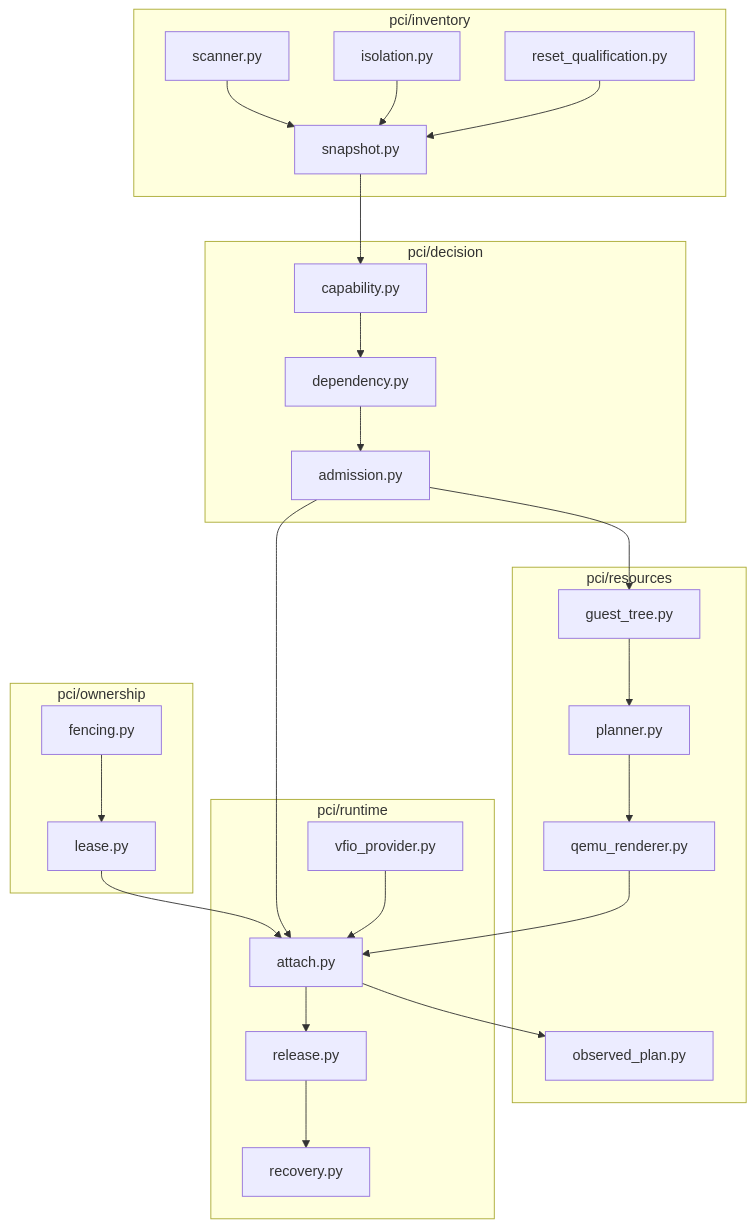
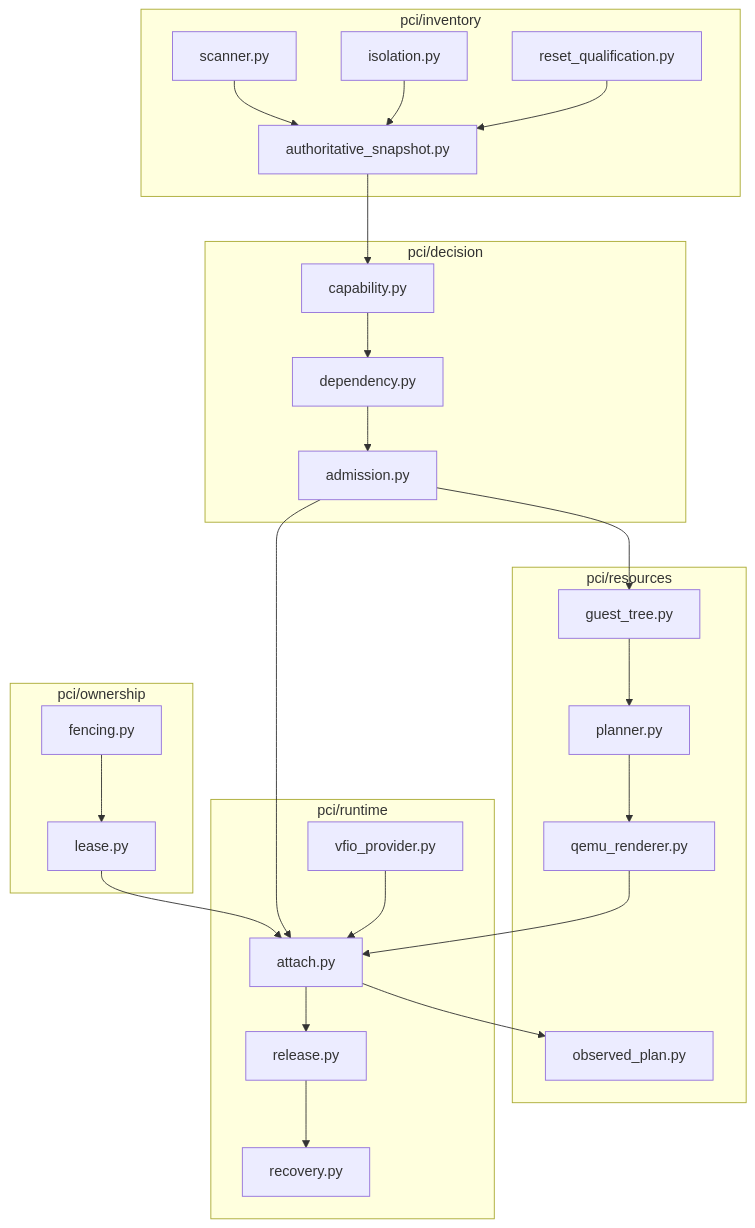
One commit to JoJoJoinme/pci-mmio-notes changed diagram 21 of 21 in qemu-static-dynamic-directpath-design.md. Above: the diagram before and after it, drawn with Mermaid. The commit also changed other lines of this file and 26 other files, not shown here.

Commit message:
Implement authoritative PCI snapshot launch chain

````diff
--- a/qemu-static-dynamic-directpath-design.md
+++ b/qemu-static-dynamic-directpath-design.md
@@ -3743,46 +3825,46 @@
 ```mermaid
 flowchart TB
     subgraph FACTS["pci/inventory"]
         SCAN["scanner.py"]
-        SNAP["snapshot.py"]
+        SNAP["authoritative_snapshot.py"]
         ISO["isolation.py"]
         RESETFACT["reset_qualification.py"]
     end
 
     subgraph DECISION["pci/decision"]
         CAP["capability.py"]
         DEP["dependency.py"]
         ADMIT["admission.py"]
     end
 
     subgraph RES["pci/resources"]
         TREE["guest_tree.py"]
         ALLOC["planner.py"]
         RENDER["qemu_renderer.py"]
         OBS["observed_plan.py"]
     end
 
     subgraph OWN["pci/ownership"]
         LEASE["lease.py"]
         FENCE["fencing.py"]
     end
 
     subgraph RUNTIME["pci/runtime"]
         VFIOP["vfio_provider.py"]
         ATTACH["attach.py"]
         RELEASE["release.py"]
         RECOVER["recovery.py"]
     end
 
     SCAN --> SNAP
     ISO --> SNAP
     RESETFACT --> SNAP
     SNAP --> CAP --> DEP --> ADMIT
     ADMIT --> TREE --> ALLOC --> RENDER
     LEASE --> ATTACH
     ADMIT --> ATTACH
     VFIOP --> ATTACH --> OBS
     RENDER --> ATTACH
     ATTACH --> RELEASE --> RECOVER
     FENCE --> LEASE
 ```
````
